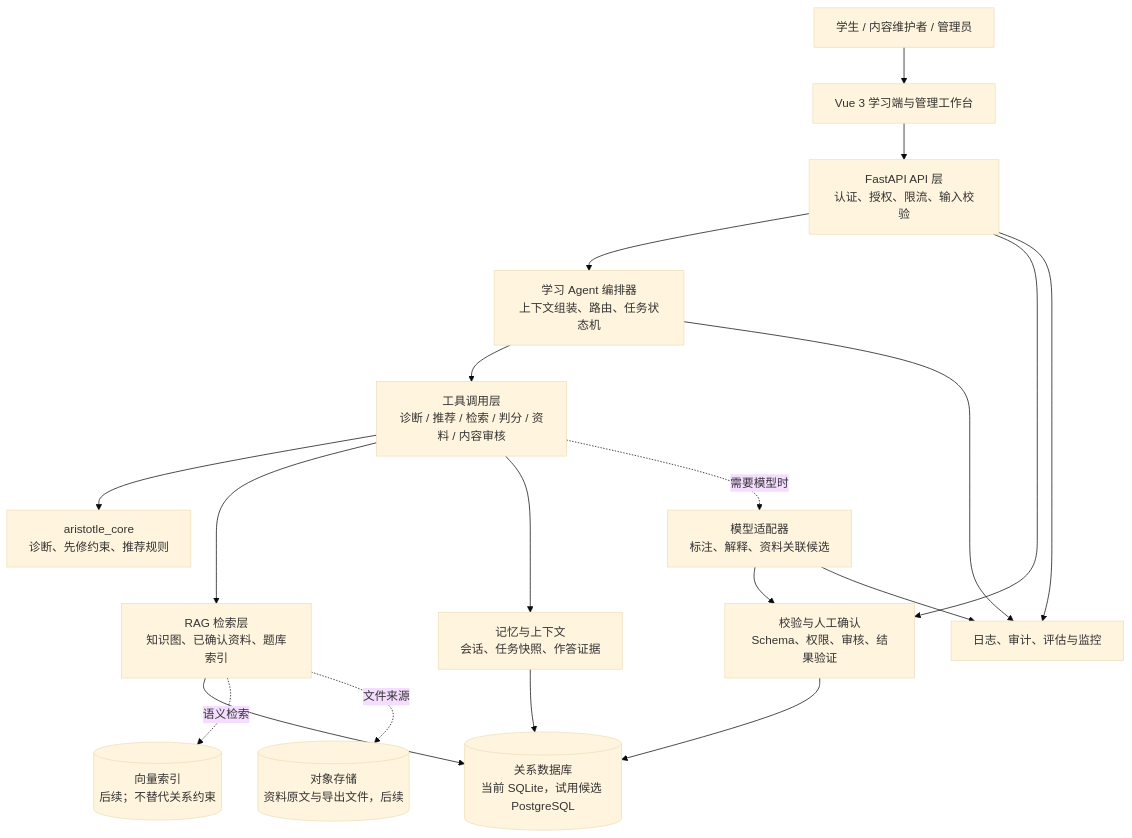
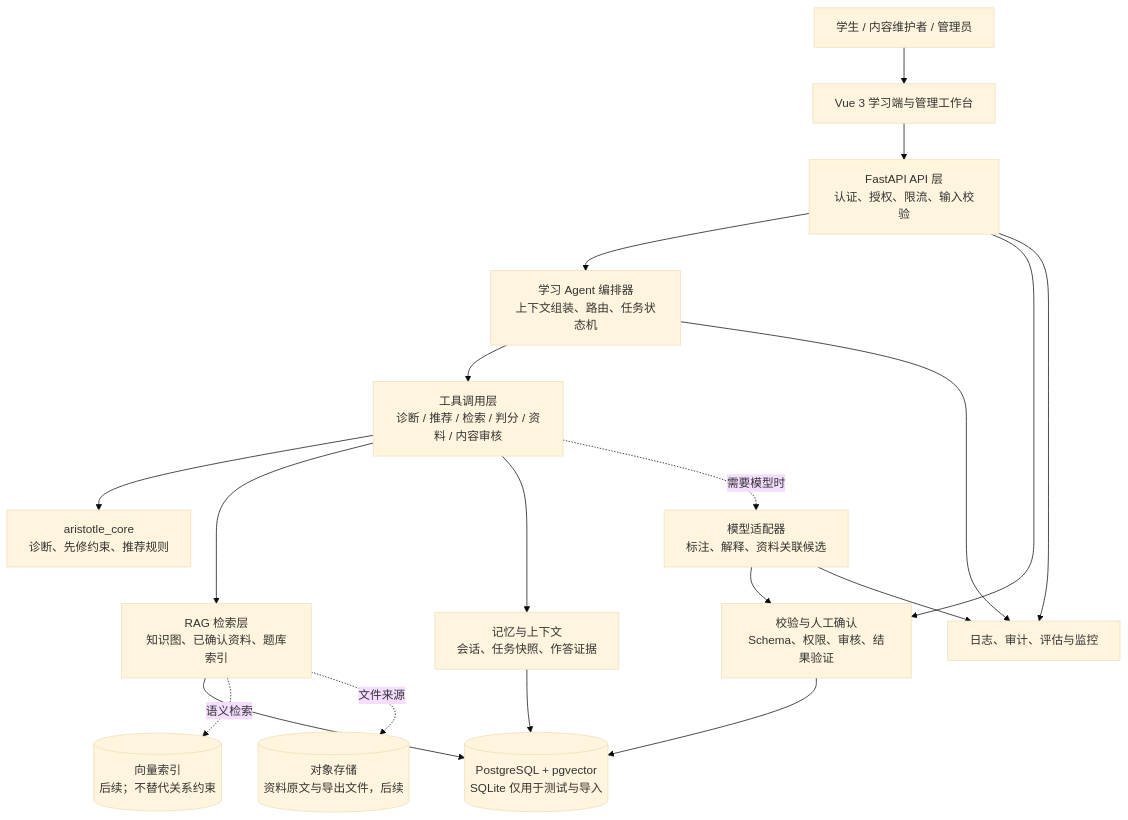
One commit to AbracaSora/Aristotle changed the first of 3 diagrams in docs/software/architecture.md. Above: the diagram before and after it, drawn with Mermaid (base theme). The commit also changed other lines of this file and 4 other files, not shown here.

Commit message:
docs: align architecture with current implementation

````diff
--- a/docs/software/architecture.md
+++ b/docs/software/architecture.md
@@ -21,36 +21,36 @@
 ```mermaid
 flowchart TB
     U[学生 / 内容维护者 / 管理员]
     FE[Vue 3 学习端与管理工作台]
     API[FastAPI API 层<br/>认证、授权、限流、输入校验]
     ORCH[学习 Agent 编排器<br/>上下文组装、路由、任务状态机]
 
     CORE[aristotle_core<br/>诊断、先修约束、推荐规则]
     TOOLS[工具调用层<br/>诊断 / 推荐 / 检索 / 判分 / 资料 / 内容审核]
     MODEL[模型适配器<br/>标注、解释、资料关联候选]
     RAG[RAG 检索层<br/>知识图、已确认资料、题库索引]
     MEM[记忆与上下文<br/>会话、任务快照、作答证据]
     GATE[校验与人工确认<br/>Schema、权限、审核、结果验证]
 
-    DB[(关系数据库<br/>当前 SQLite，试用候选 PostgreSQL)]
+    DB[(PostgreSQL + pgvector<br/>SQLite 仅用于测试与导入)]
     OBJ[(对象存储<br/>资料原文与导出文件，后续)]
     VDB[(向量索引<br/>后续；不替代关系约束)]
     OBS[日志、审计、评估与监控]
 
     U --> FE --> API --> ORCH
     API --> GATE
     ORCH --> TOOLS
     TOOLS --> CORE
     TOOLS --> RAG
     TOOLS --> MEM
     TOOLS -. 需要模型时 .-> MODEL
     MODEL --> GATE
     GATE --> DB
     RAG --> DB
     RAG -. 语义检索 .-> VDB
     MEM --> DB
     RAG -. 文件来源 .-> OBJ
     API --> OBS
     ORCH --> OBS
     MODEL --> OBS
 ```
````
